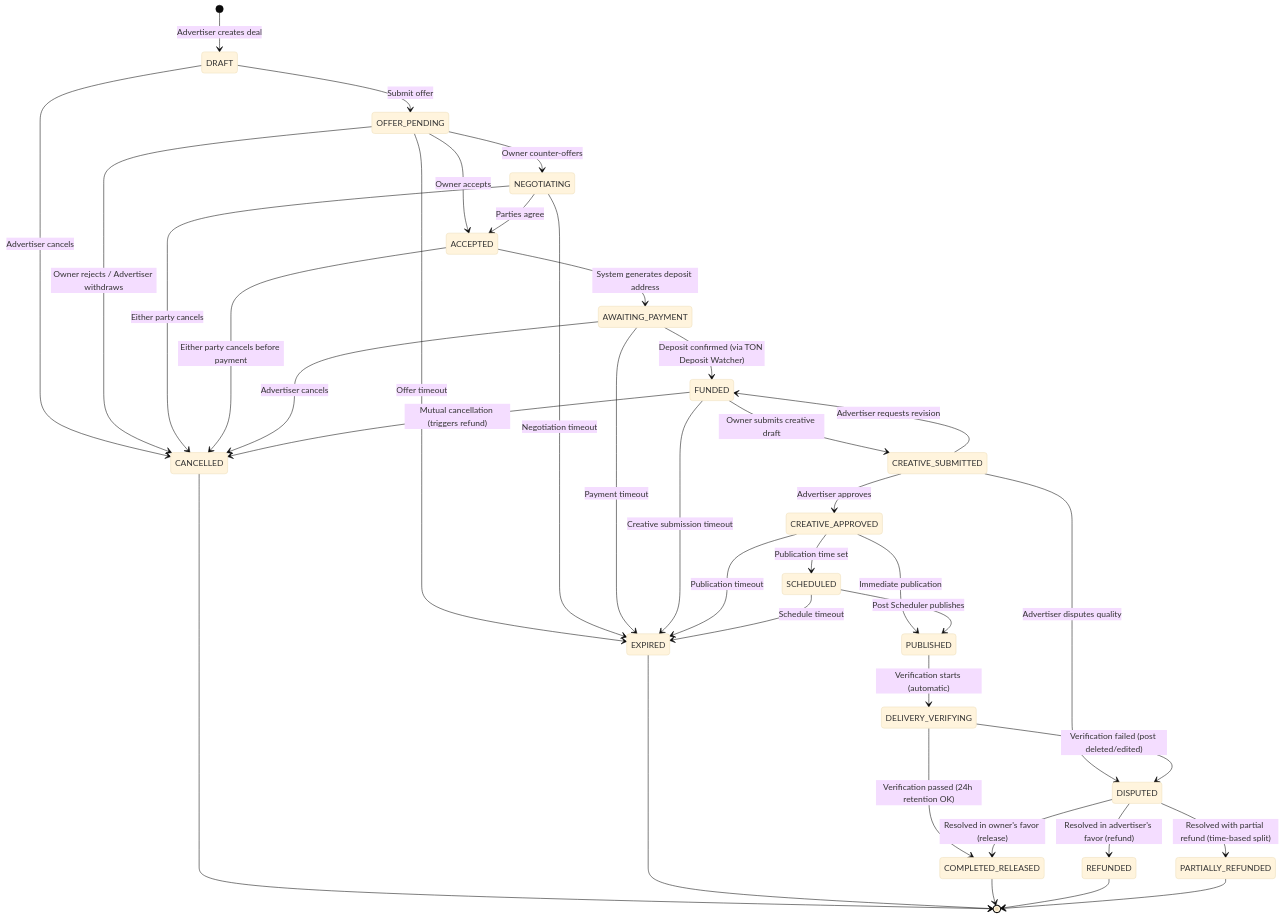
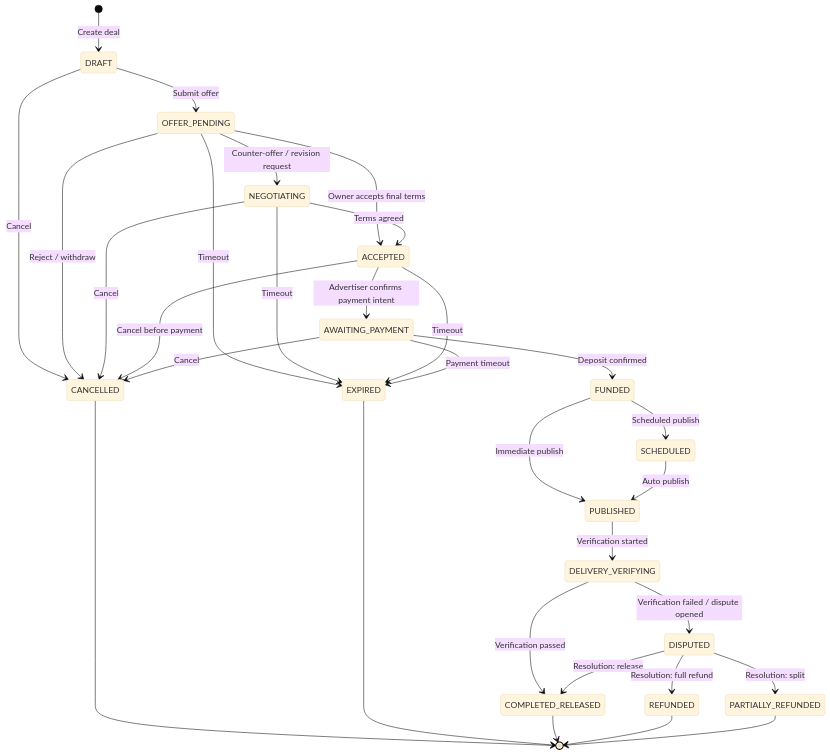
The diagram in .memory-bank/06-deal-state-machine.md (lonmstalker/advert-market), drawn with Mermaid (base theme) before and after one commit. The commit also changed other lines of this file and 26 other files, not shown here.

Commit message:
Harden approve-pay flow and financial execution invariants

````diff
--- a/.memory-bank/06-deal-state-machine.md
+++ b/.memory-bank/06-deal-state-machine.md
@@ -15,53 +16,44 @@
 ```mermaid
 stateDiagram-v2
-    [*] --> DRAFT : Advertiser creates deal
+    [*] --> DRAFT : Create deal
 
     DRAFT --> OFFER_PENDING : Submit offer
-    DRAFT --> CANCELLED : Advertiser cancels
+    DRAFT --> CANCELLED : Cancel
 
-    OFFER_PENDING --> NEGOTIATING : Owner counter-offers
-    OFFER_PENDING --> ACCEPTED : Owner accepts
-    OFFER_PENDING --> CANCELLED : Owner rejects / Advertiser withdraws
-    OFFER_PENDING --> EXPIRED : Offer timeout
+    OFFER_PENDING --> NEGOTIATING : Counter-offer / revision request
+    OFFER_PENDING --> ACCEPTED : Owner accepts final terms
+    OFFER_PENDING --> CANCELLED : Reject / withdraw
+    OFFER_PENDING --> EXPIRED : Timeout
 
-    NEGOTIATING --> ACCEPTED : Parties agree
-    NEGOTIATING --> CANCELLED : Either party cancels
-    NEGOTIATING --> EXPIRED : Negotiation timeout
+    NEGOTIATING --> ACCEPTED : Terms agreed
+    NEGOTIATING --> CANCELLED : Cancel
+    NEGOTIATING --> EXPIRED : Timeout
 
-    ACCEPTED --> AWAITING_PAYMENT : System generates deposit address
-    ACCEPTED --> CANCELLED : Either party cancels before payment
+    ACCEPTED --> AWAITING_PAYMENT : Advertiser confirms payment intent
+    ACCEPTED --> CANCELLED : Cancel before payment
+    ACCEPTED --> EXPIRED : Timeout
 
-    AWAITING_PAYMENT --> FUNDED : Deposit confirmed (via TON Deposit Watcher)
-    AWAITING_PAYMENT --> CANCELLED : Advertiser cancels
+    AWAITING_PAYMENT --> FUNDED : Deposit confirmed
+    AWAITING_PAYMENT --> CANCELLED : Cancel
     AWAITING_PAYMENT --> EXPIRED : Payment timeout
 
-    FUNDED --> CREATIVE_SUBMITTED : Owner submits creative draft
-    FUNDED --> CANCELLED : Mutual cancellation (triggers refund)
-    FUNDED --> EXPIRED : Creative submission timeout
+    FUNDED --> SCHEDULED : Scheduled publish
+    FUNDED --> PUBLISHED : Immediate publish
 
-    CREATIVE_SUBMITTED --> CREATIVE_APPROVED : Advertiser approves
-    CREATIVE_SUBMITTED --> FUNDED : Advertiser requests revision
-    CREATIVE_SUBMITTED --> DISPUTED : Advertiser disputes quality
+    SCHEDULED --> PUBLISHED : Auto publish
 
-    CREATIVE_APPROVED --> SCHEDULED : Publication time set
-    CREATIVE_APPROVED --> PUBLISHED : Immediate publication
-    CREATIVE_APPROVED --> EXPIRED : Publication timeout
+    PUBLISHED --> DELIVERY_VERIFYING : Verification started
 
-    SCHEDULED --> PUBLISHED : Post Scheduler publishes
-    SCHEDULED --> EXPIRED : Schedule timeout
+    DELIVERY_VERIFYING --> COMPLETED_RELEASED : Verification passed
+    DELIVERY_VERIFYING --> DISPUTED : Verification failed / dispute opened
 
-    PUBLISHED --> DELIVERY_VERIFYING : Verification starts (automatic)
-
-    DELIVERY_VERIFYING --> COMPLETED_RELEASED : Verification passed (24h retention OK)
-    DELIVERY_VERIFYING --> DISPUTED : Verification failed (post deleted/edited)
-
-    DISPUTED --> COMPLETED_RELEASED : Resolved in owner's favor (release)
-    DISPUTED --> REFUNDED : Resolved in advertiser's favor (refund)
-    DISPUTED --> PARTIALLY_REFUNDED : Resolved with partial refund (time-based split)
+    DISPUTED --> COMPLETED_RELEASED : Resolution: release
+    DISPUTED --> REFUNDED : Resolution: full refund
+    DISPUTED --> PARTIALLY_REFUNDED : Resolution: split
 
     CANCELLED --> [*]
     EXPIRED --> [*]
     COMPLETED_RELEASED --> [*]
     REFUNDED --> [*]
     PARTIALLY_REFUNDED --> [*]
 ```
````
